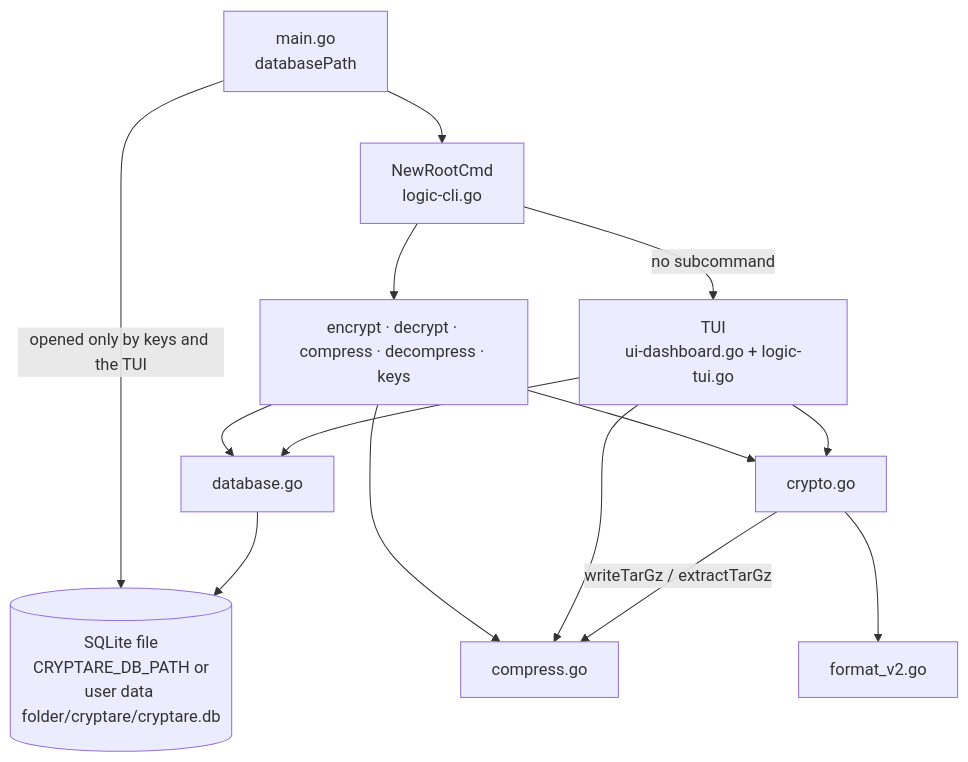
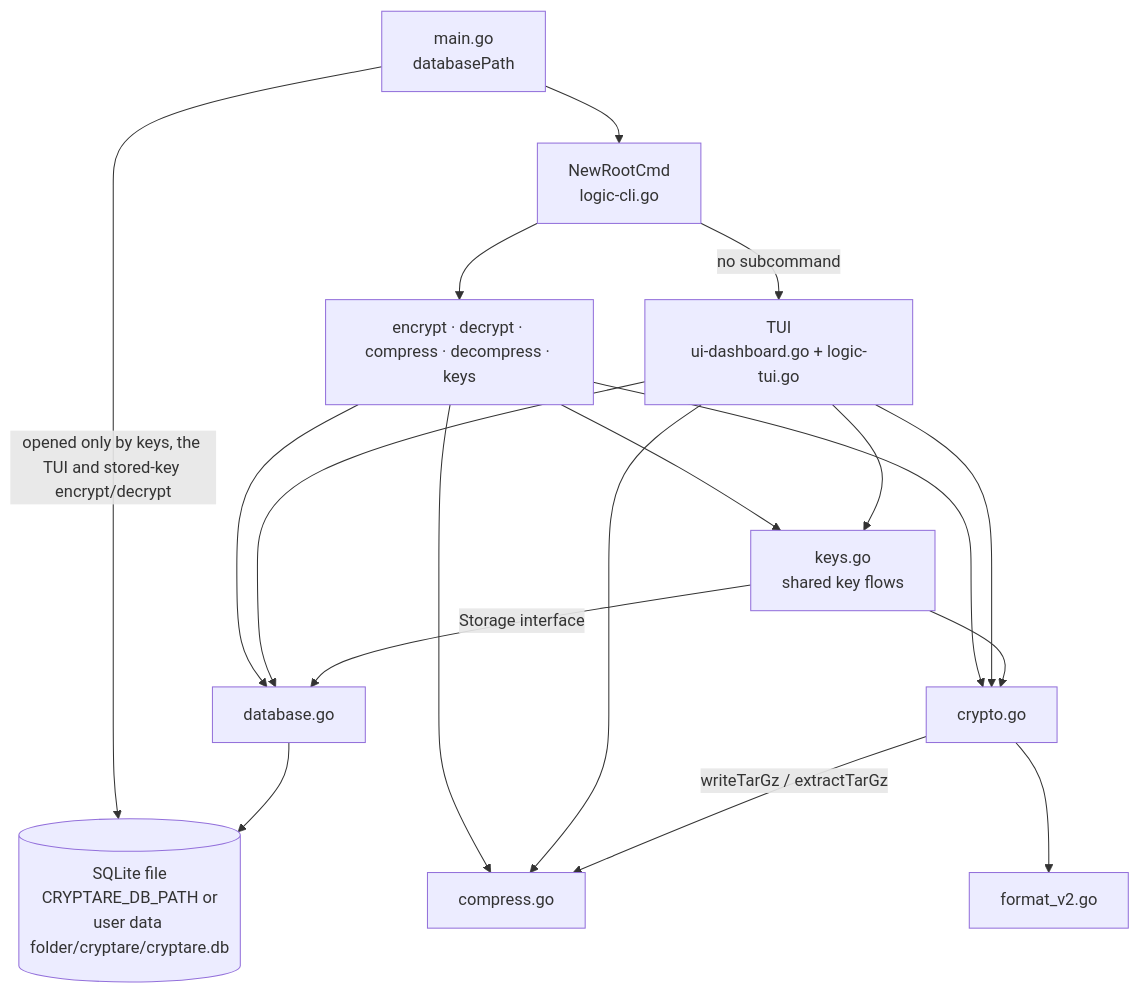
The first of 3 diagrams in intel/map.md (jabbott-iii/Cryptare), drawn with Mermaid before and after one commit. The commit also changed other lines of this file and 23 other files, not shown here.

````diff
--- a/intel/map.md
+++ b/intel/map.md
@@ -67,16 +70,20 @@
 ```mermaid
 flowchart TD
-  main["main.go<br/>databasePath"] -->|"opened only by keys and the TUI"| dbfile[("SQLite file<br/>CRYPTARE_DB_PATH or<br/>user data folder/cryptare/cryptare.db")]
+  main["main.go<br/>databasePath"] -->|"opened only by keys, the TUI and stored-key encrypt/decrypt"| dbfile[("SQLite file<br/>CRYPTARE_DB_PATH or<br/>user data folder/cryptare/cryptare.db")]
   main --> root["NewRootCmd<br/>logic-cli.go"]
   root -->|no subcommand| tui["TUI<br/>ui-dashboard.go + logic-tui.go"]
   root --> cli["encrypt · decrypt · compress · decompress · keys"]
   cli --> crypto["crypto.go"]
   cli --> compress["compress.go"]
+  cli --> keys["keys.go<br/>shared key flows"]
   cli --> database["database.go"]
   tui --> crypto
   tui --> compress
+  tui --> keys
   tui --> database
+  keys -->|"Storage interface"| database
+  keys --> crypto
   crypto -->|"writeTarGz / extractTarGz"| compress
   crypto --> format["format_v2.go"]
   database --> dbfile
 ```
````
